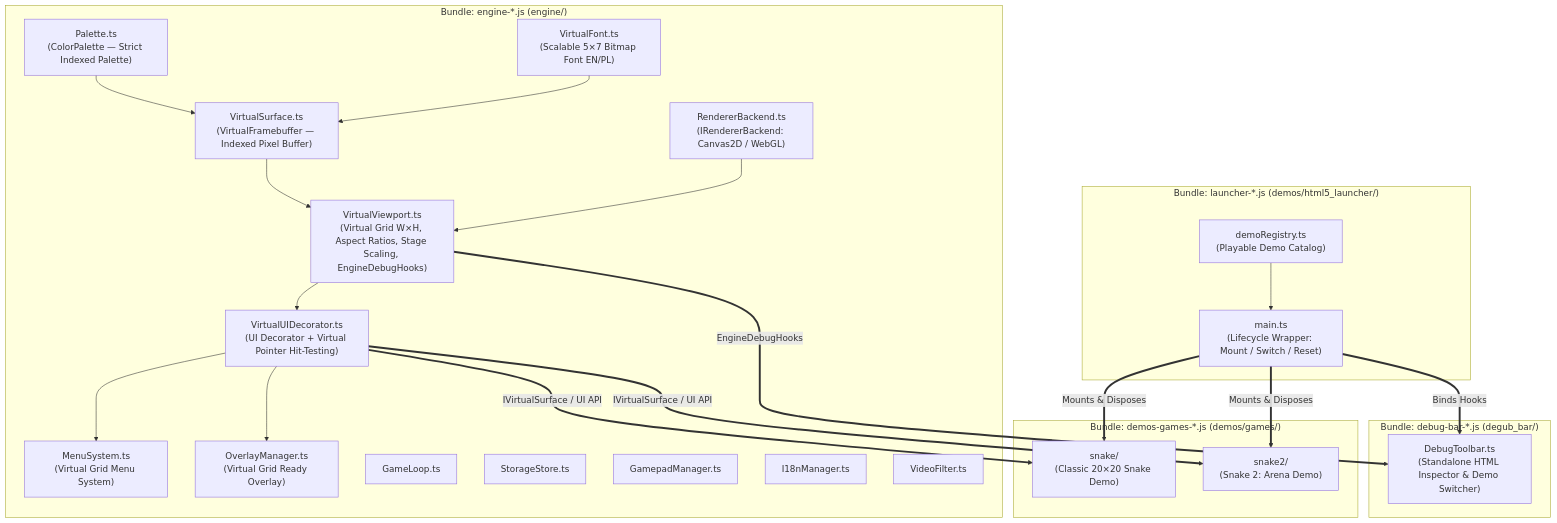
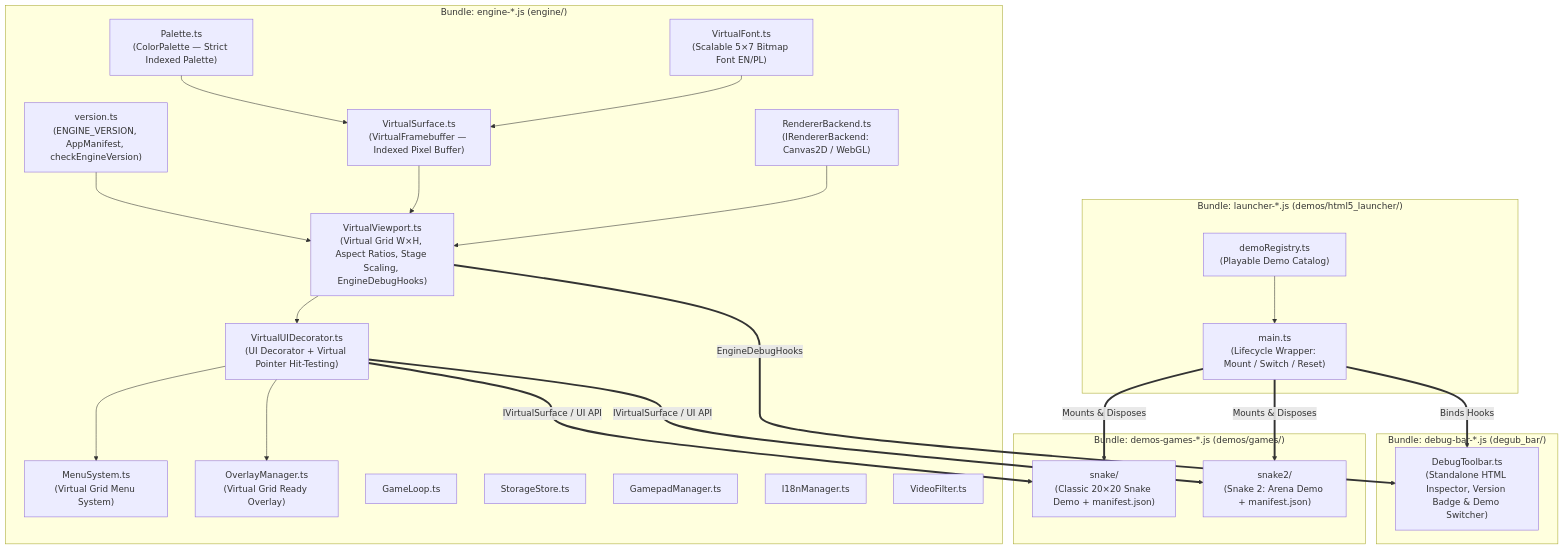
Before and after one commit to PatrycjuszF3apps/f3engine: the diagram in docs/ARCHITECTURE.md, drawn with Mermaid. The commit also changed other lines of this file and 16 other files, not shown here.

Commit message:
feat(engine): add engine versioning, app manifests, and debug bar version comparison

````diff
--- a/docs/ARCHITECTURE.md
+++ b/docs/ARCHITECTURE.md
@@ -9,48 +9,50 @@
 ```mermaid
 flowchart TD
     subgraph EngineBundle["Bundle: engine-*.js (engine/)"]
+        VER["version.ts\n(ENGINE_VERSION, AppManifest, checkEngineVersion)"]
         VP["VirtualViewport.ts\n(Virtual Grid W×H, Aspect Ratios, Stage Scaling, EngineDebugHooks)"]
         FB["VirtualSurface.ts\n(VirtualFramebuffer — Indexed Pixel Buffer)"]
         PAL["Palette.ts\n(ColorPalette — Strict Indexed Palette)"]
         FONT["VirtualFont.ts\n(Scalable 5×7 Bitmap Font EN/PL)"]
         UID["VirtualUIDecorator.ts\n(UI Decorator + Virtual Pointer Hit-Testing)"]
         MS["MenuSystem.ts\n(Virtual Grid Menu System)"]
         OM["OverlayManager.ts\n(Virtual Grid Ready Overlay)"]
         RB["RendererBackend.ts\n(IRendererBackend: Canvas2D / WebGL)"]
         GL["GameLoop.ts"]
         SS["StorageStore.ts"]
         GM["GamepadManager.ts"]
         I18N["I18nManager.ts"]
         VF["VideoFilter.ts"]
 
+        VER --> VP
         PAL --> FB
         FONT --> FB
         FB --> VP
         RB --> VP
         VP --> UID
         UID --> MS
         UID --> OM
     end
 
     subgraph DebugBarBundle["Bundle: debug-bar-*.js (degub_bar/)"]
-        DT["DebugToolbar.ts\n(Standalone HTML Inspector & Demo Switcher)"]
+        DT["DebugToolbar.ts\n(Standalone HTML Inspector, Version Badge & Demo Switcher)"]
     end
 
     subgraph DemosBundle["Bundle: demos-games-*.js (demos/games/)"]
-        S1["snake/\n(Classic 20×20 Snake Demo)"]
-        S2["snake2/\n(Snake 2: Arena Demo)"]
+        S1["snake/\n(Classic 20×20 Snake Demo + manifest.json)"]
+        S2["snake2/\n(Snake 2: Arena Demo + manifest.json)"]
     end
 
     subgraph LauncherBundle["Bundle: launcher-*.js (demos/html5_launcher/)"]
         REG["demoRegistry.ts\n(Playable Demo Catalog)"]
         MAIN["main.ts\n(Lifecycle Wrapper: Mount / Switch / Reset)"]
         REG --> MAIN
     end
 
     VP ==>|EngineDebugHooks| DT
     UID ==>|IVirtualSurface / UI API| S1
     UID ==>|IVirtualSurface / UI API| S2
     MAIN ==>|Mounts & Disposes| S1
     MAIN ==>|Mounts & Disposes| S2
     MAIN ==>|Binds Hooks| DT
 ```
````
